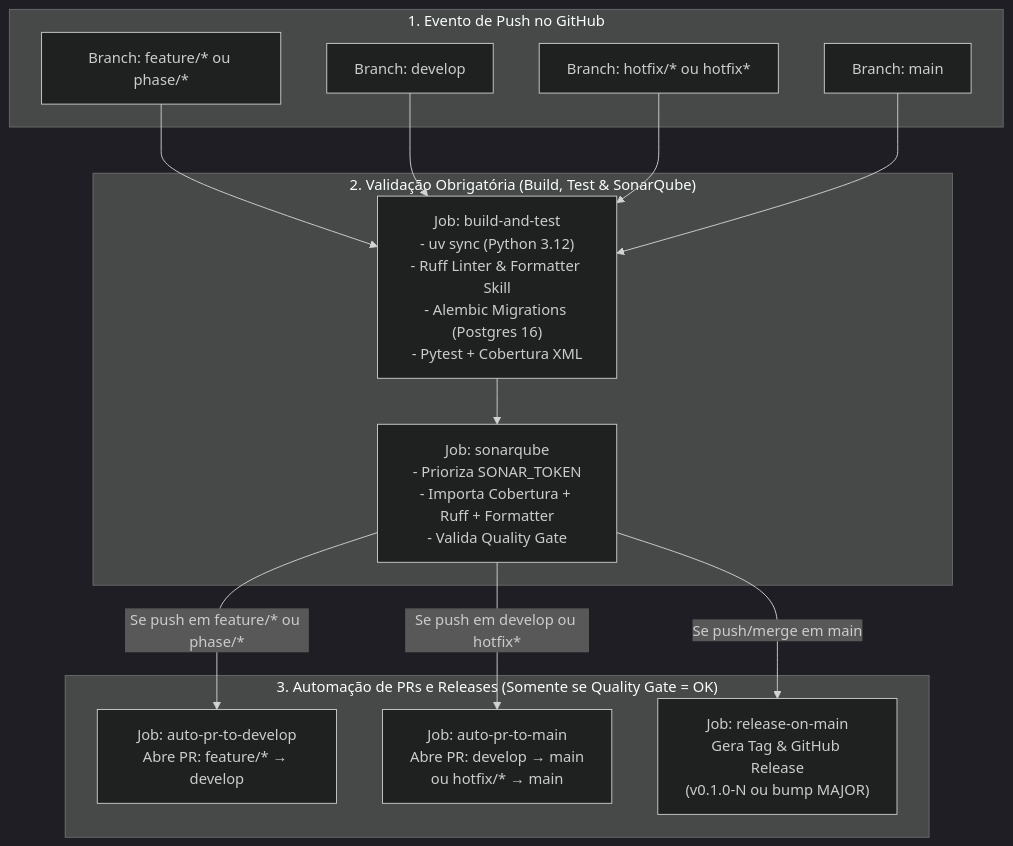
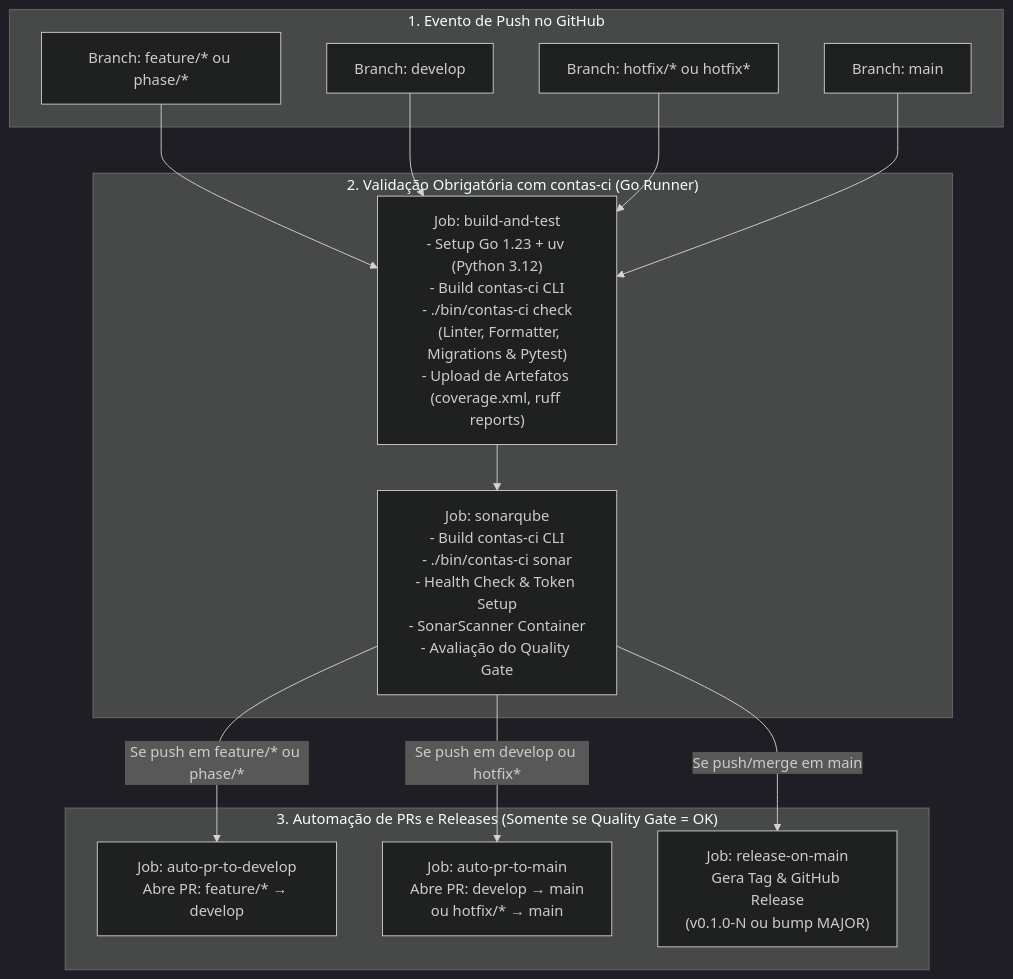
One commit to castrocristiano/contas changed the diagram in wiki/07-Gitflow-e-CI-CD.md. Above: the diagram before and after it, drawn with Mermaid (dark theme). The commit also changed other lines of this file and 36 other files, not shown here.

````diff
--- a/wiki/07-Gitflow-e-CI-CD.md
+++ b/wiki/07-Gitflow-e-CI-CD.md
@@ -22,30 +22,30 @@
 ```mermaid
 flowchart TD
     subgraph PushEvents["1. Evento de Push no GitHub"]
         FeatBranch["Branch: feature/* ou phase/*"]
         DevBranch["Branch: develop"]
         HotfixBranch["Branch: hotfix/* ou hotfix*"]
         MainBranch["Branch: main"]
     end
 
-    subgraph QualityPipeline["2. Validação Obrigatória (Build, Test & SonarQube)"]
-        BuildTest["Job: build-and-test<br>- uv sync (Python 3.12)<br>- Ruff Linter & Formatter Skill<br>- Alembic Migrations (Postgres 16)<br>- Pytest + Cobertura XML"]
-        SonarGate["Job: sonarqube<br>- Prioriza SONAR_TOKEN<br>- Importa Cobertura + Ruff + Formatter<br>- Valida Quality Gate"]
+    subgraph QualityPipeline["2. Validação Obrigatória com contas-ci (Go Runner)"]
+        BuildTest["Job: build-and-test<br>- Setup Go 1.23 + uv (Python 3.12)<br>- Build contas-ci CLI<br>- ./bin/contas-ci check<br>  (Linter, Formatter, Migrations & Pytest)<br>- Upload de Artefatos (coverage.xml, ruff reports)"]
+        SonarGate["Job: sonarqube<br>- Build contas-ci CLI<br>- ./bin/contas-ci sonar<br>- Health Check & Token Setup<br>- SonarScanner Container<br>- Avaliação do Quality Gate"]
         BuildTest --> SonarGate
     end
 
     FeatBranch --> BuildTest
     DevBranch --> BuildTest
     HotfixBranch --> BuildTest
     MainBranch --> BuildTest
 
     subgraph AutomationJobs["3. Automação de PRs e Releases (Somente se Quality Gate = OK)"]
         PRToDev["Job: auto-pr-to-develop<br>Abre PR: feature/* → develop"]
         PRToMain["Job: auto-pr-to-main<br>Abre PR: develop → main<br>ou hotfix/* → main"]
         ReleaseJob["Job: release-on-main<br>Gera Tag & GitHub Release<br>(v0.1.0-N ou bump MAJOR)"]
     end
 
     SonarGate -->|Se push em feature/* ou phase/*| PRToDev
     SonarGate -->|Se push em develop ou hotfix*| PRToMain
     SonarGate -->|Se push/merge em main| ReleaseJob
 ```
````
